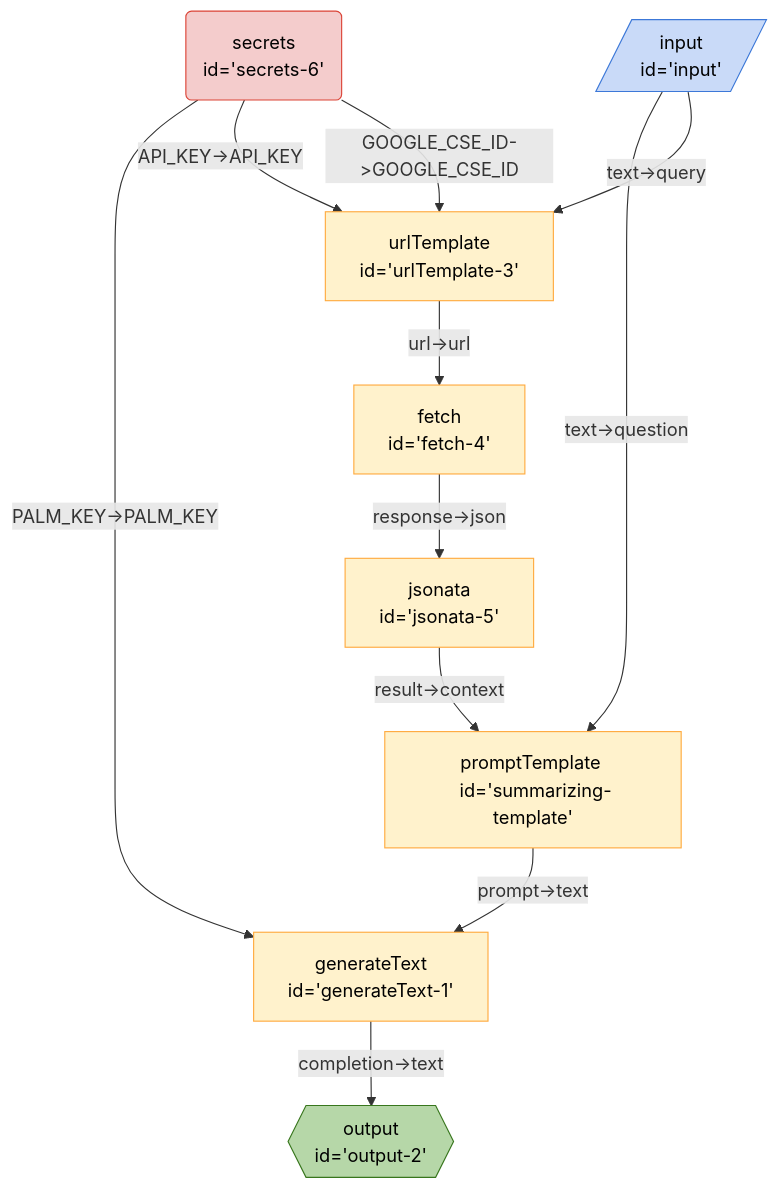
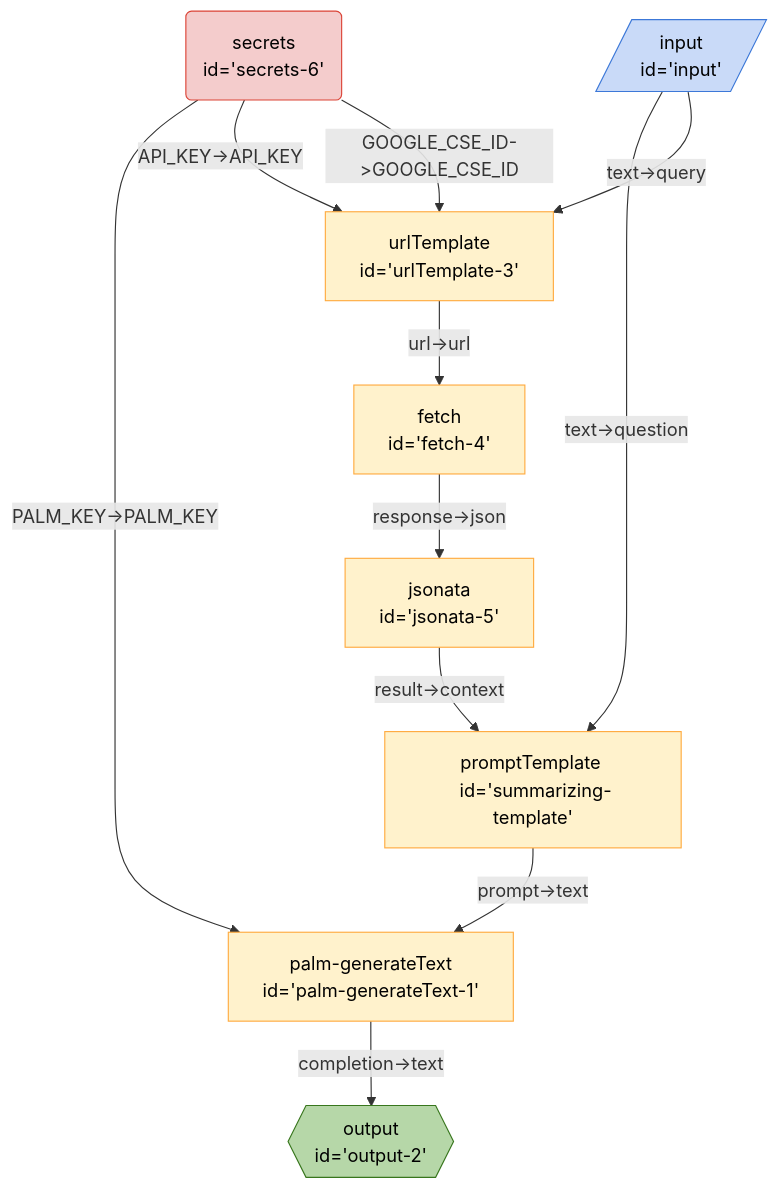
One commit to breadboard-ai/breadboard changed the diagram in seeds/graph-playground/docs/graphs/search-summarize.md. Above: the diagram before and after it, drawn with Mermaid. The commit also changed 55 other files, not shown here.

````diff
--- a/seeds/graph-playground/docs/graphs/search-summarize.md
+++ b/seeds/graph-playground/docs/graphs/search-summarize.md
@@ -5,22 +5,22 @@
   ```mermaid
   %%{init: 'themeVariables': { 'fontFamily': 'Fira Code, monospace' }}%%
 graph TD;
-generateText1["generateText <br> id='generateText-1'"] -- "completion->text" --> output2{{"output <br> id='output-2'"}}:::output
-summarizingtemplate["promptTemplate <br> id='summarizing-template'"] -- "prompt->text" --> generateText1["generateText <br> id='generateText-1'"]
+palmgenerateText1["palm-generateText <br> id='palm-generateText-1'"] -- "completion->text" --> output2{{"output <br> id='output-2'"}}:::output
+summarizingtemplate["promptTemplate <br> id='summarizing-template'"] -- "prompt->text" --> palmgenerateText1["palm-generateText <br> id='palm-generateText-1'"]
 jsonata5["jsonata <br> id='jsonata-5'"] -- "result->context" --> summarizingtemplate["promptTemplate <br> id='summarizing-template'"]
 fetch4["fetch <br> id='fetch-4'"] -- "response->json" --> jsonata5["jsonata <br> id='jsonata-5'"]
 urlTemplate3["urlTemplate <br> id='urlTemplate-3'"] -- "url->url" --> fetch4["fetch <br> id='fetch-4'"]
-secrets6("secrets <br> id='secrets-6'"):::secrets -- "PALM_KEY->PALM_KEY" --> generateText1["generateText <br> id='generateText-1'"]
+secrets6("secrets <br> id='secrets-6'"):::secrets -- "PALM_KEY->PALM_KEY" --> palmgenerateText1["palm-generateText <br> id='palm-generateText-1'"]
 secrets6("secrets <br> id='secrets-6'"):::secrets -- "API_KEY->API_KEY" --> urlTemplate3["urlTemplate <br> id='urlTemplate-3'"]
 secrets6("secrets <br> id='secrets-6'"):::secrets -- "GOOGLE_CSE_ID->GOOGLE_CSE_ID" --> urlTemplate3["urlTemplate <br> id='urlTemplate-3'"]
 input[/"input <br> id='input'"/]:::input -- "text->question" --> summarizingtemplate["promptTemplate <br> id='summarizing-template'"]
 input[/"input <br> id='input'"/]:::input -- "text->query" --> urlTemplate3["urlTemplate <br> id='urlTemplate-3'"]
 classDef default stroke:#ffab40,fill:#fff2ccff,color:#000
 classDef input stroke:#3c78d8,fill:#c9daf8ff,color:#000
 classDef output stroke:#38761d,fill:#b6d7a8ff,color:#000
 classDef passthrough stroke:#a64d79,fill:#ead1dcff,color:#000
 classDef slot stroke:#a64d79,fill:#ead1dcff,color:#000
 classDef config stroke:#a64d79,fill:#ead1dcff,color:#000
 classDef secrets stroke:#db4437,fill:#f4cccc,color:#000
 classDef slotted stroke:#a64d79
   ```
````
